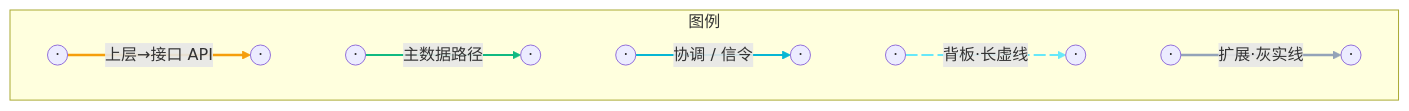
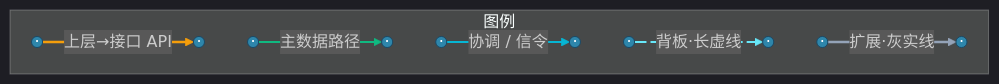
Before and after one commit to zxremail/cursor.config_mcp_rules_skills: the eighth of 9 diagrams in skills/mermaid-flowchart-layout/SKILL.md, drawn with Mermaid. The commit also changed other lines of this file and 1 other file, not shown here.

````diff
--- a/skills/mermaid-flowchart-layout/SKILL.md
+++ b/skills/mermaid-flowchart-layout/SKILL.md
@@ -337,25 +362,27 @@
 ```mermaid
-%%{init: {'theme': 'dark', 'flowchart': {'padding': 6, 'nodeSpacing': 12, 'rankSpacing': 18}, ...}}%%
+%%{init: {'theme': 'dark', 'flowchart': {'padding': 6, 'nodeSpacing': 12, 'rankSpacing': 18, 'useMaxWidth': false}}}%%
 flowchart LR
     subgraph LEG["图例"]
         direction LR
         A1((·)) ==>|上层→接口 API| B1((·))
         B1 --- A2
         A2((·)) -->|主数据路径| B2((·))
         B2 --- A3
         A3((·)) -->|协调 / 信令| B3((·))
         B3 --- A4
         A4((·)) -.->|背板·长虚线| B4((·))
         B4 --- A5
         A5((·)) -->|扩展·灰实线| B5((·))
     end
     linkStyle 0 stroke:#F59E0B,stroke-width:2.5px
     linkStyle 1 opacity:0,stroke-width:0px
     linkStyle 2 stroke:#10B981,stroke-width:2px
     linkStyle 3 opacity:0,stroke-width:0px
     linkStyle 4 stroke:#06B6D4,stroke-width:2px
     linkStyle 5 opacity:0,stroke-width:0px
     linkStyle 6 stroke:#67E8F9,stroke-width:2px,stroke-dasharray:12 4
     linkStyle 7 opacity:0,stroke-width:0px
     linkStyle 8 stroke:#94A3B8,stroke-width:2.5px
+    classDef n fill:#2E86AB,stroke:#1B4965,color:#FFFFFF
+    class A1,B1,A2,B2,A3,B3,A4,B4,A5,B5 n
 ```
````
